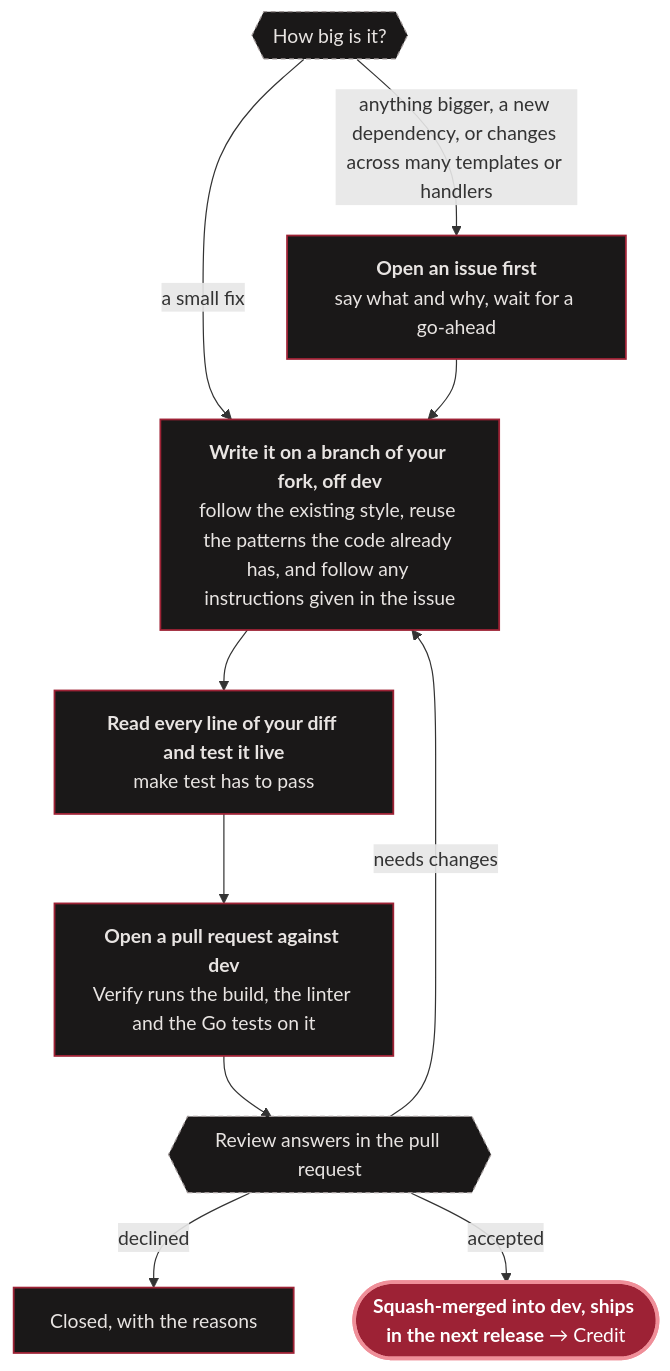
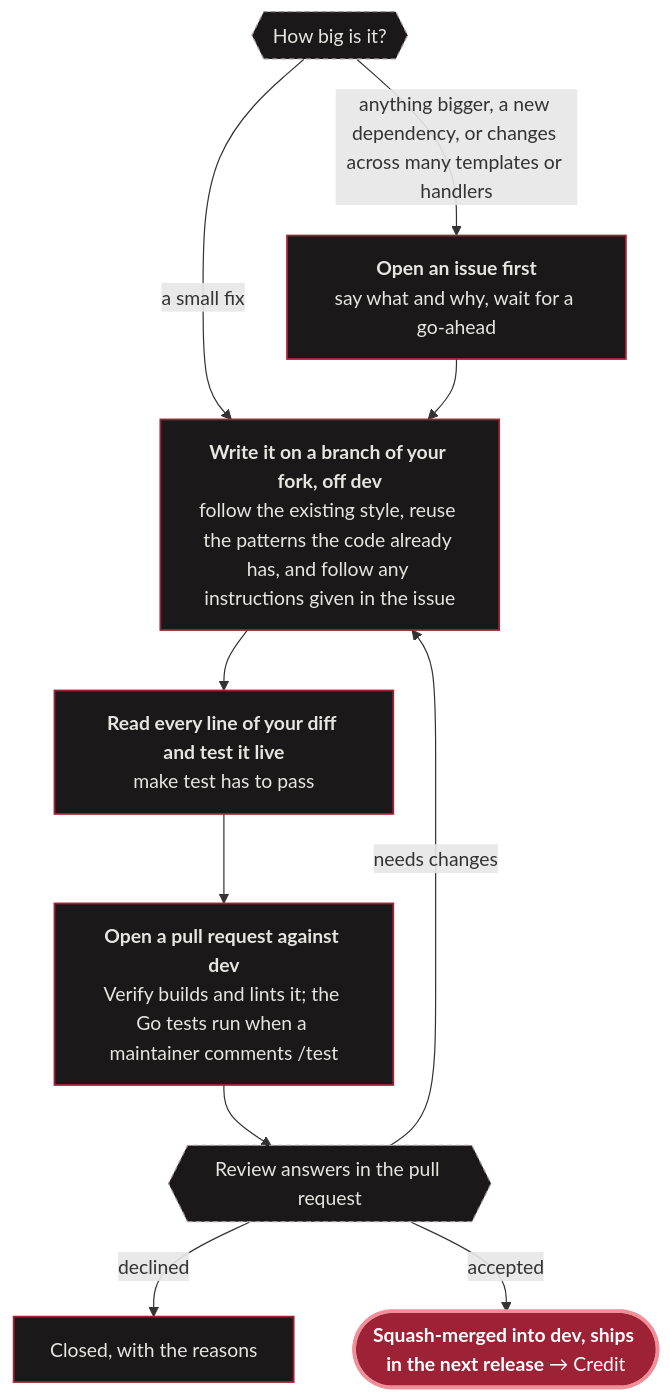
The fourth of 8 diagrams in CONTRIBUTING.md (monbooru/monbooru), drawn with Mermaid before and after one commit.

Commit message:
docs(contributing): the Go tests run on /test

````diff
--- a/CONTRIBUTING.md
+++ b/CONTRIBUTING.md
@@ -128,33 +128,33 @@
 ```mermaid
 ---
 config:
   layout: dagre
   flowchart:
     wrappingWidth: 220
 ---
 flowchart TD
     size{{"How big is it?"}}
     size -->|"a small fix"| branch
     size -->|"anything bigger, a new dependency, or changes across many templates or handlers"| ask["`**Open an issue first**
     say what and why, wait for a go-ahead`"]
     ask --> branch["`**Write it on a branch of your fork, off dev**
     follow the existing style, reuse the patterns the code already has, and follow any instructions given in the issue`"]
     branch --> self["`**Read every line of your diff and test it live**
     make test has to pass`"]
     self --> pr["`**Open a pull request against dev**
-    Verify runs the build, the linter and the Go tests on it`"]
+    Verify builds and lints it; the Go tests run when a maintainer comments /test`"]
     pr --> review{{"Review answers in the pull request"}}
     review -->|"needs changes"| branch
     review -->|"declined"| declined["`Closed, with the reasons`"]
     review -->|"accepted"| ship(["`**Squash-merged into dev, ships in the next release** → Credit`"])
 
     class ship hub;
     class ask,branch,self,pr,declined step;
     class size,review ask;
 
     classDef hub  fill:#9d2235,stroke:#ef8f99,stroke-width:3px,color:#ffffff;
     classDef case fill:#3a161c,stroke:#ef8f99,stroke-width:1.5px,color:#ffffff;
     classDef step fill:#1a1818,stroke:#9d2235,stroke-width:1.5px,color:#e8e4e2;
     classDef ask  fill:#1a1818,stroke:#a09898,stroke-width:1px,stroke-dasharray:4 3,color:#e8e4e2;
     classDef repo fill:#1a1818,stroke:#a09898,stroke-width:1px,color:#a09898;
 ```
````
